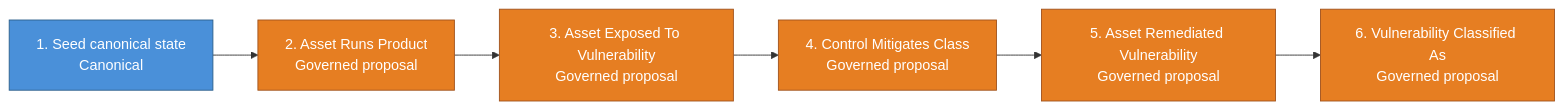
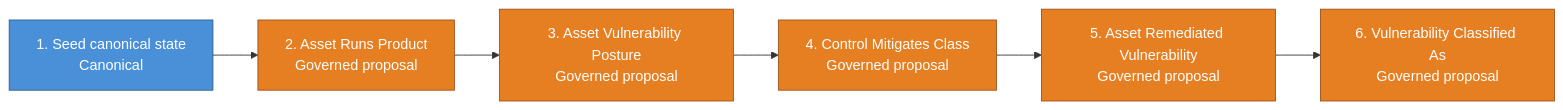
One commit to cruxible-ai/cruxible changed the second of 3 diagrams in kits/kev-triage/README.md. Above: the diagram before and after it, drawn with Mermaid. The commit also changed other lines of this file and 3 other files, not shown here.

````diff
--- a/kits/kev-triage/README.md
+++ b/kits/kev-triage/README.md
@@ -96,19 +96,19 @@
 ```mermaid
 flowchart LR
   classDef canonicalWorkflow fill:#4a90d9,stroke:#2c5f8a,color:#fff
   classDef governedWorkflow fill:#e67e22,stroke:#a0521c,color:#fff
 
   workflow_pipeline_build_local_state["1. Seed canonical state<br/>Canonical"]
   workflow_pipeline_propose_asset_products["2. Asset Runs Product<br/>Governed proposal"]
-  workflow_pipeline_propose_asset_exposure["3. Asset Exposed To Vulnerability<br/>Governed proposal"]
+  workflow_pipeline_propose_asset_exposure["3. Asset Vulnerability Posture<br/>Governed proposal"]
   workflow_pipeline_propose_control_mitigates_class["4. Control Mitigates Class<br/>Governed proposal"]
   workflow_pipeline_propose_exposure_reconciliation["5. Asset Remediated Vulnerability<br/>Governed proposal"]
   workflow_pipeline_propose_vulnerability_classification["6. Vulnerability Classified As<br/>Governed proposal"]
   workflow_pipeline_build_local_state --> workflow_pipeline_propose_asset_products
   workflow_pipeline_propose_asset_products --> workflow_pipeline_propose_asset_exposure
   workflow_pipeline_propose_asset_exposure --> workflow_pipeline_propose_control_mitigates_class
   workflow_pipeline_propose_control_mitigates_class --> workflow_pipeline_propose_exposure_reconciliation
   workflow_pipeline_propose_exposure_reconciliation --> workflow_pipeline_propose_vulnerability_classification
   class workflow_pipeline_build_local_state canonicalWorkflow
   class workflow_pipeline_propose_asset_products,workflow_pipeline_propose_asset_exposure,workflow_pipeline_propose_control_mitigates_class,workflow_pipeline_propose_exposure_reconciliation,workflow_pipeline_propose_vulnerability_classification governedWorkflow
 ```
````
